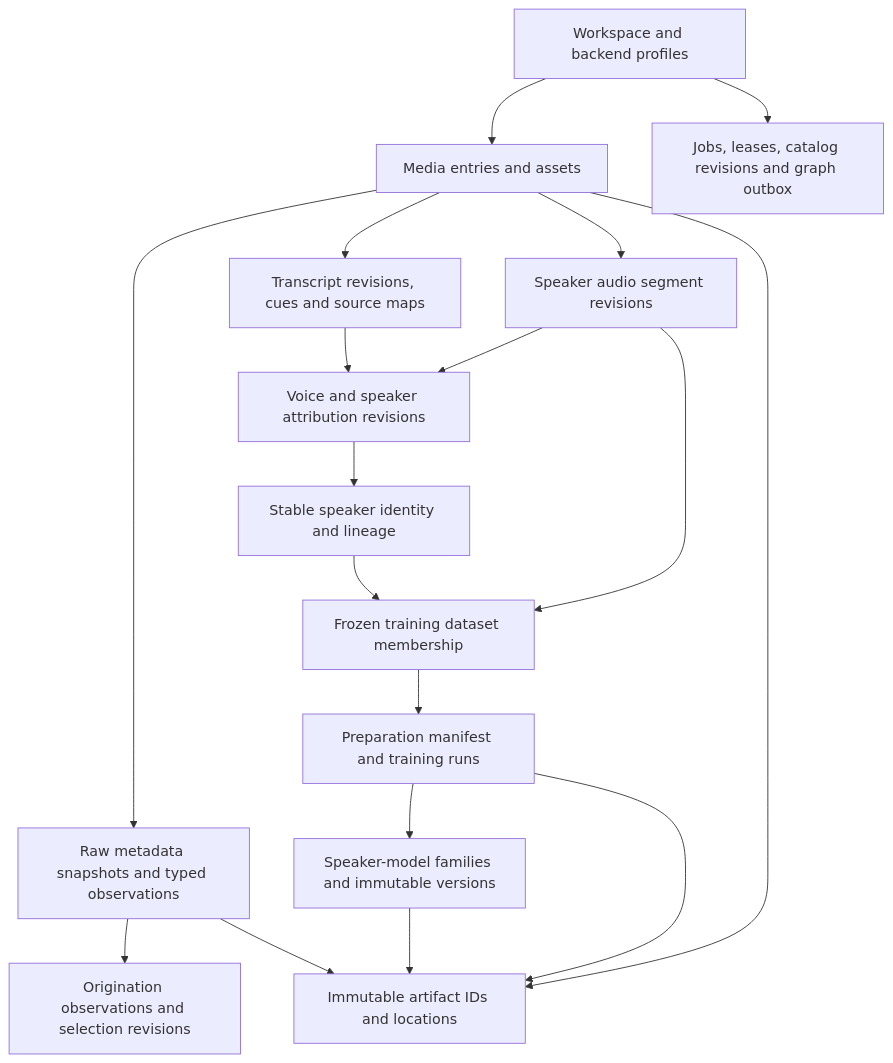
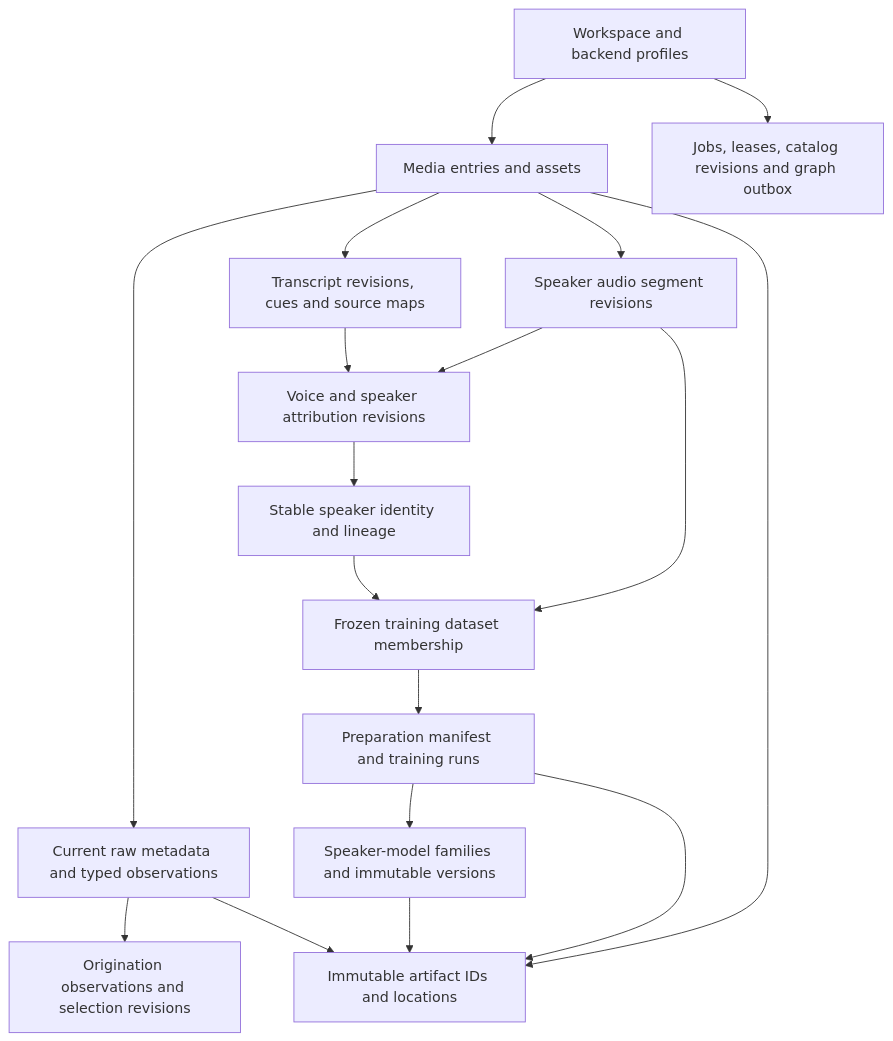
Before and after one commit to shruggietech/insonic: the diagram in docs/v0.0.0/schema.md, drawn with Mermaid. The commit also changed other lines of this file and 131 other files, not shown here.

````diff
--- a/docs/v0.0.0/schema.md
+++ b/docs/v0.0.0/schema.md
@@ -11,20 +11,20 @@
 ```mermaid
 flowchart TB
   Workspace[Workspace and backend profiles] --> Media[Media entries and assets]
-  Media --> Metadata[Raw metadata snapshots and typed observations]
+  Media --> Metadata[Current raw metadata and typed observations]
   Metadata --> Dates[Origination observations and selection revisions]
   Media --> Transcripts[Transcript revisions, cues and source maps]
   Media --> Segments[Speaker audio segment revisions]
   Transcripts --> Attribution[Voice and speaker attribution revisions]
   Segments --> Attribution
   Attribution --> Speaker[Stable speaker identity and lineage]
   Segments --> Dataset[Frozen training dataset membership]
   Speaker --> Dataset
   Dataset --> Training[Preparation manifest and training runs]
   Training --> Models[Speaker-model families and immutable versions]
   Media --> Artifacts[Immutable artifact IDs and locations]
   Metadata --> Artifacts
   Training --> Artifacts
   Models --> Artifacts
   Workspace --> Jobs[Jobs, leases, catalog revisions and graph outbox]
 ```
````
